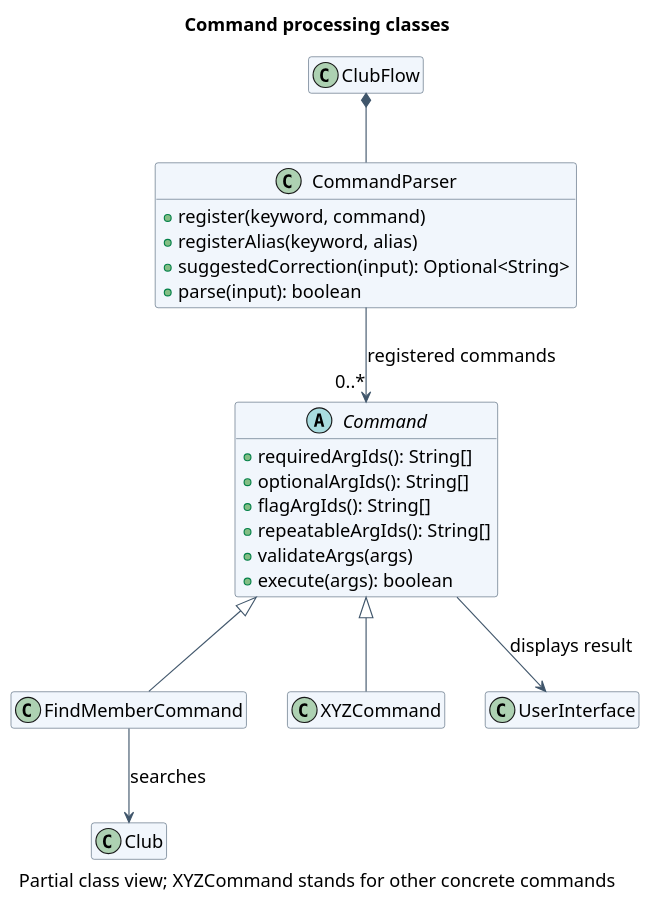
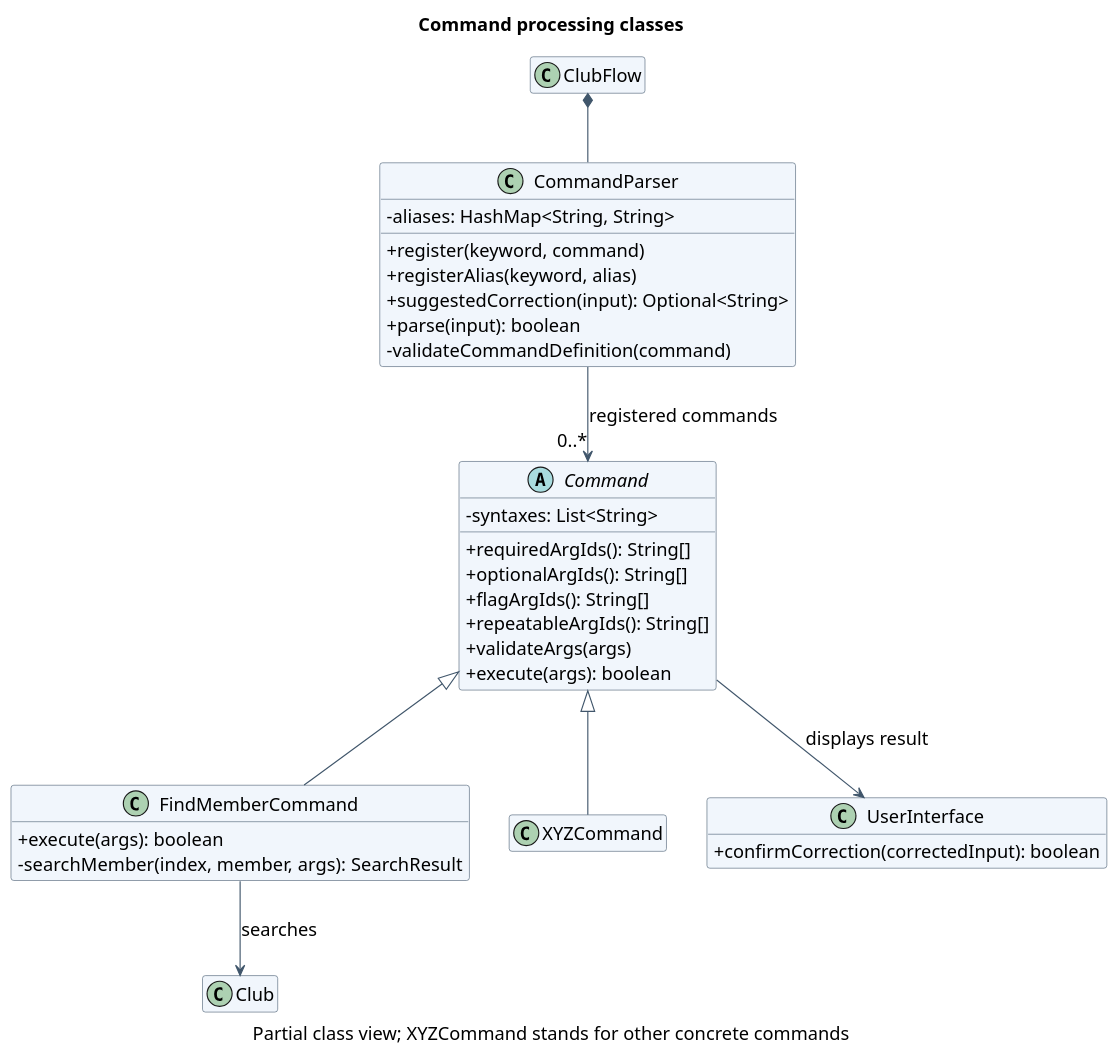
One commit to 77chenchen/tp changed the diagram in docs/diagrams/LogicClass.puml. Above: the diagram before and after it, drawn with PlantUML. The commit also changed 2 other files, not shown here.

Commit message:
docs: show member visibility in logic class diagram
Add source-accurate public and private markers to representative command-processing members, regenerate the diagram, and explain the notation in the developer guide.

```diff
--- a/docs/diagrams/LogicClass.puml
+++ b/docs/diagrams/LogicClass.puml
@@ -1,42 +1,51 @@
 @startuml
 title Command processing classes
 caption Partial class view; XYZCommand stands for other concrete commands
 top to bottom direction
 skinparam shadowing false
 skinparam defaultFontName SansSerif
 skinparam defaultFontSize 16
 skinparam classFontSize 16
 skinparam titleFontSize 16
 skinparam captionFontSize 16
 skinparam ArrowColor #40566B
 skinparam classBackgroundColor #F1F6FC
 skinparam classBorderColor #40566B
+skinparam classAttributeIconSize 0
 hide empty members
 
 class ClubFlow
 class CommandParser {
+  -aliases: HashMap<String, String>
   +register(keyword, command)
   +registerAlias(keyword, alias)
   +suggestedCorrection(input): Optional<String>
   +parse(input): boolean
+  -validateCommandDefinition(command)
 }
 abstract class Command {
+  -syntaxes: List<String>
   +requiredArgIds(): String[]
   +optionalArgIds(): String[]
   +flagArgIds(): String[]
   +repeatableArgIds(): String[]
   +validateArgs(args)
   +execute(args): boolean
 }
-class FindMemberCommand
+class FindMemberCommand {
+  +execute(args): boolean
+  -searchMember(index, member, args): SearchResult
+}
 class XYZCommand
 class Club
-class UserInterface
+class UserInterface {
+  +confirmCorrection(correctedInput): boolean
+}
 
 ClubFlow *-- CommandParser
 CommandParser --> "0..*" Command : registered commands
 Command <|-- FindMemberCommand
 Command <|-- XYZCommand
 FindMemberCommand --> Club : searches
 Command --> UserInterface : displays result
 @enduml
```
